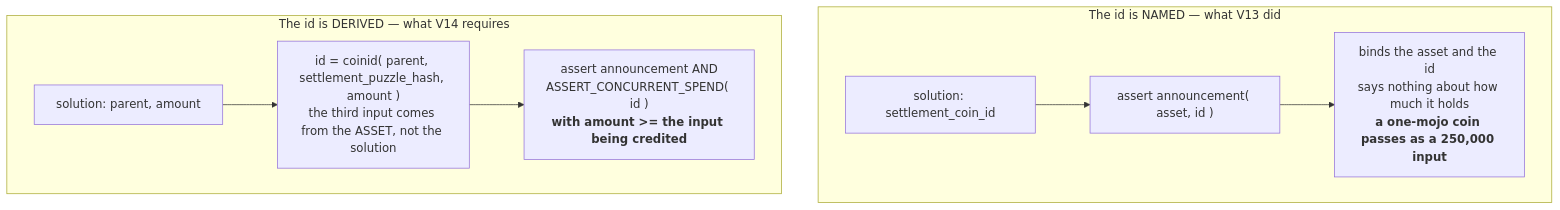
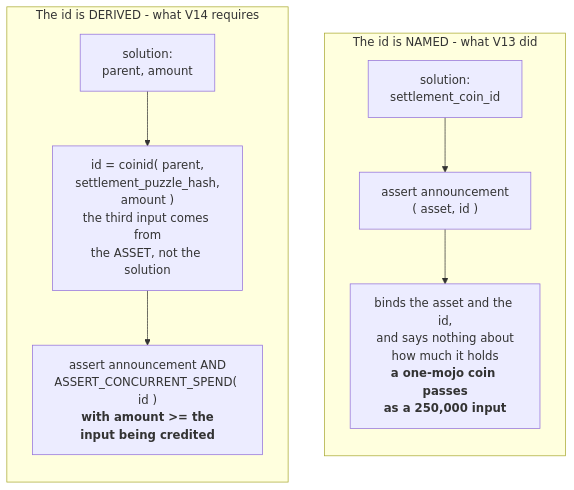
The diagram in docs/chip/assets/chip-0062/settlement-binding.mmd (awizardxch/forge-puzzles), drawn with Mermaid before and after one commit. The commit also changed 4 other files, not shown here.

```diff
--- a/docs/chip/assets/chip-0062/settlement-binding.mmd
+++ b/docs/chip/assets/chip-0062/settlement-binding.mmd
@@ -1,13 +1,15 @@
 flowchart TB
-    subgraph named["The id is NAMED &mdash; what V13 did"]
-        N1["solution: settlement_coin_id"]
-        N2["assert announcement( asset, id )"]
-        N3["binds the asset and the id<br/>says nothing about how much it holds<br/><b>a one-mojo coin passes as a 250,000 input</b>"]
+    subgraph named["The id is NAMED - what V13 did"]
+        direction TB
+        N1["solution:<br/>settlement_coin_id"]
+        N2["assert announcement<br/>( asset, id )"]
+        N3["binds the asset and the id,<br/>and says nothing about<br/>how much it holds<br/><b>a one-mojo coin passes<br/>as a 250,000 input</b>"]
         N1 --> N2 --> N3
     end
-    subgraph derived["The id is DERIVED &mdash; what V14 requires"]
-        D1["solution: parent, amount"]
-        D2["id = coinid( parent, settlement_puzzle_hash, amount )<br/>the third input comes from the ASSET, not the solution"]
-        D3["assert announcement AND<br/>ASSERT_CONCURRENT_SPEND( id )<br/><b>with amount >= the input being credited</b>"]
+    subgraph derived["The id is DERIVED - what V14 requires"]
+        direction TB
+        D1["solution:<br/>parent, amount"]
+        D2["id = coinid( parent,<br/>settlement_puzzle_hash,<br/>amount )<br/>the third input comes from<br/>the ASSET, not the solution"]
+        D3["assert announcement AND<br/>ASSERT_CONCURRENT_SPEND( id )<br/><b>with amount >= the<br/>input being credited</b>"]
         D1 --> D2 --> D3
     end
```
